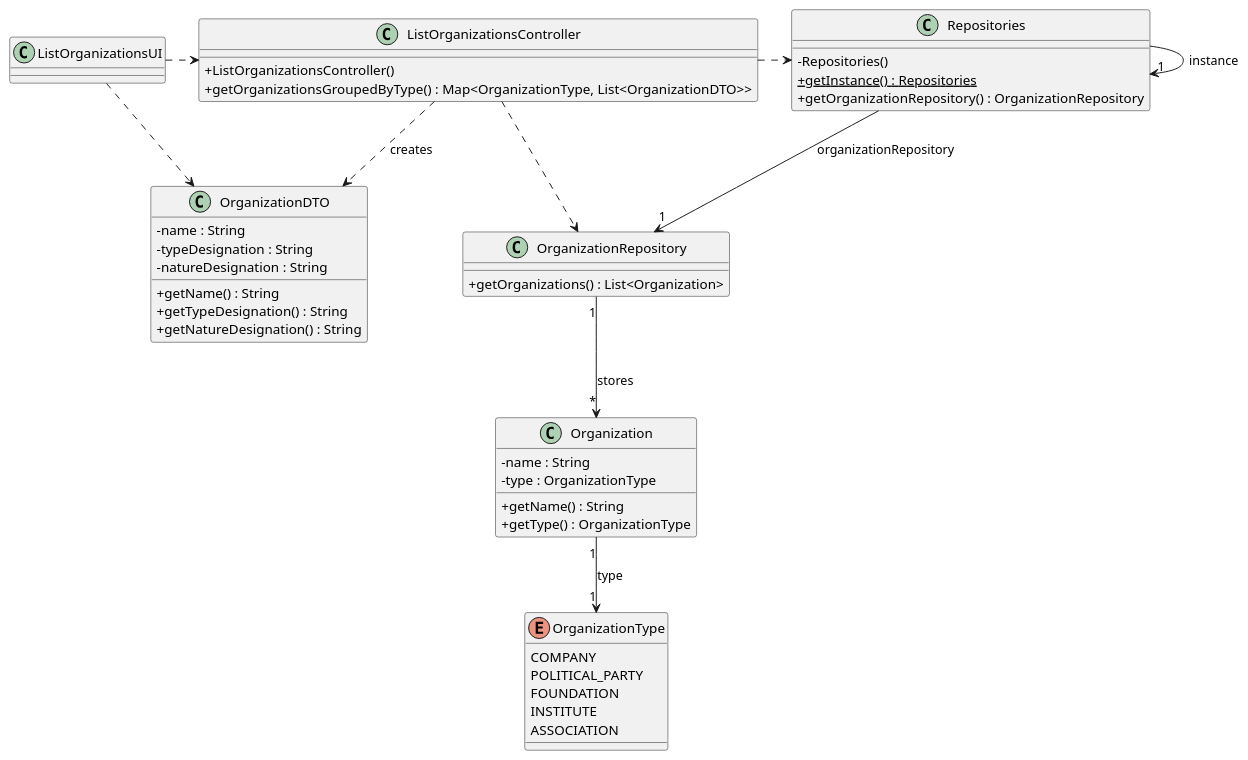
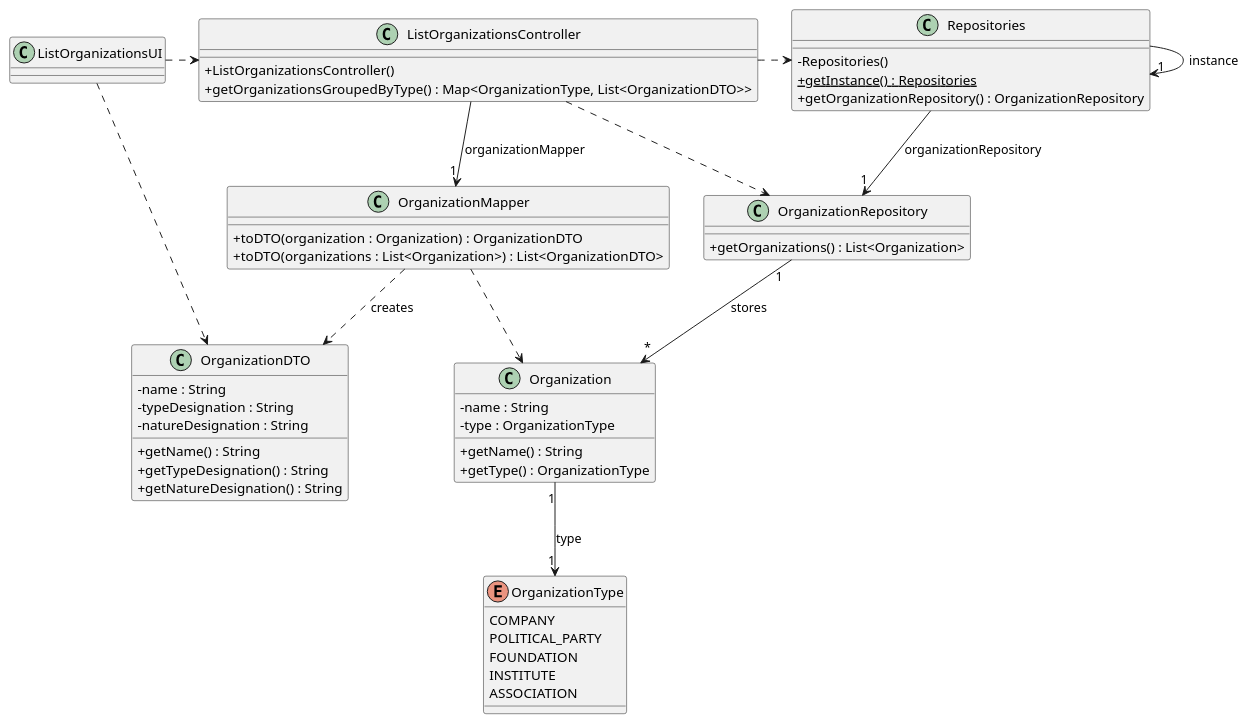
One commit to brunodspinto/crystal-clear-platform changed the diagram in docs/system-documentation/US03/03.design/puml/US03-CD.puml. Above: the diagram before and after it, drawn with PlantUML. The commit also changed 13 other files, not shown here.

Commit message:
Add mappers for US02 and US03 DTOs and update design diagrams

```diff
--- a/docs/system-documentation/US03/03.design/puml/US03-CD.puml
+++ b/docs/system-documentation/US03/03.design/puml/US03-CD.puml
@@ -1,59 +1,66 @@
 @startuml US03-CD
 skinparam packageStyle rectangle
 skinparam shadowing false
 skinparam linetype polyline
 skinparam classAttributeIconSize 0
 
 class ListOrganizationsUI {
 }
 
 class ListOrganizationsController {
     + ListOrganizationsController()
     + getOrganizationsGroupedByType() : Map<OrganizationType, List<OrganizationDTO>>
+}
+
+class OrganizationMapper {
+    + toDTO(organization : Organization) : OrganizationDTO
+    + toDTO(organizations : List<Organization>) : List<OrganizationDTO>
 }
 
 class OrganizationDTO {
     - name : String
     - typeDesignation : String
     - natureDesignation : String
     + getName() : String
     + getTypeDesignation() : String
     + getNatureDesignation() : String
 }
 
 class OrganizationRepository {
     + getOrganizations() : List<Organization>
 }
 
 class Repositories {
     - Repositories()
     + {static} getInstance() : Repositories
     + getOrganizationRepository() : OrganizationRepository
 }
 
 class Organization {
     - name : String
     - type : OrganizationType
     + getName() : String
     + getType() : OrganizationType
 }
 
 enum OrganizationType {
     COMPANY
     POLITICAL_PARTY
     FOUNDATION
     INSTITUTE
     ASSOCIATION
 }
 
 ListOrganizationsUI .> ListOrganizationsController
 ListOrganizationsUI ..> OrganizationDTO
-ListOrganizationsController ..> OrganizationDTO : creates
+ListOrganizationsController --> "1" OrganizationMapper : organizationMapper
+OrganizationMapper ..> OrganizationDTO : creates
+OrganizationMapper ..> Organization
 ListOrganizationsController .> Repositories
 ListOrganizationsController ..> OrganizationRepository
 Repositories -> "1" Repositories : instance
 Repositories --> "1" OrganizationRepository : organizationRepository
 OrganizationRepository "1" --> "*" Organization : stores
 Organization "1" --> "1" OrganizationType : type
 
 @enduml
```
